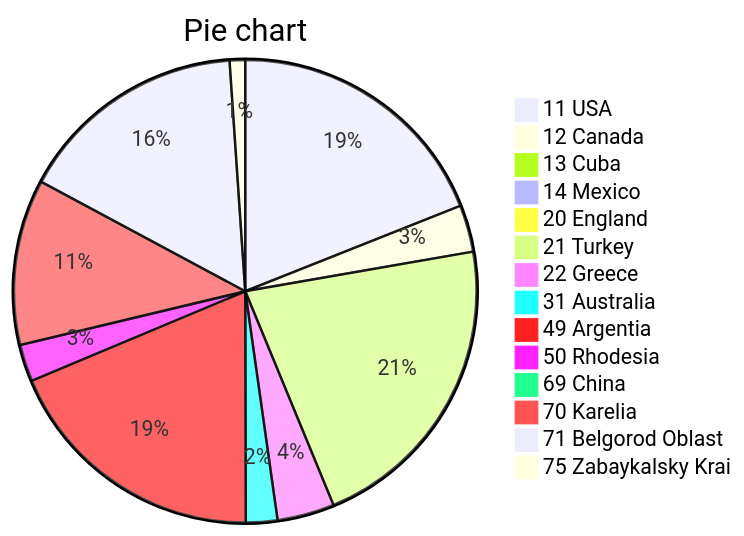
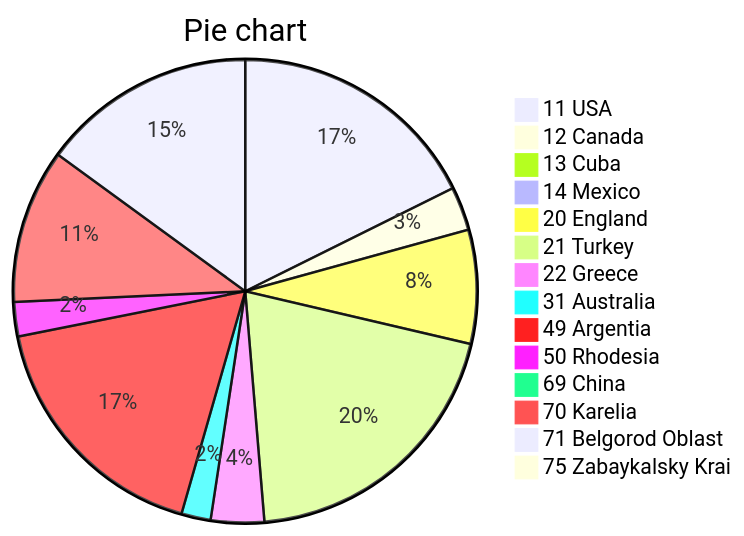
One commit to EvgenyVenalainen/jd-folders-tool changed the diagram in index.md. Above: the diagram before and after it, drawn with Mermaid. The commit also changed other lines of this file and 1 other file, not shown here.

````diff
--- a/index.md
+++ b/index.md
@@ -171,18 +167,17 @@
 ```mermaid
 pie title Pie chart
 "11 USA" : 1500.1
 "12 Canada" : 258.7
 "13 Cuba" : 14.8
 "14 Mexico" : 35.2
-"20 England" : 0.0
 "20 England" : 674.6
 "21 Turkey" : 1699.8
 "22 Greece" : 315.6
 "31 Australia" : 173.8
 "49 Argentia" : 1478.9
 "50 Rhodesia" : 204.4
 "69 China" : 0.4
 "70 Karelia" : 914.4
 "71 Belgorod Oblast" : 1270.5
 "75 Zabaykalsky Krai" : 85.5
 ```
````
